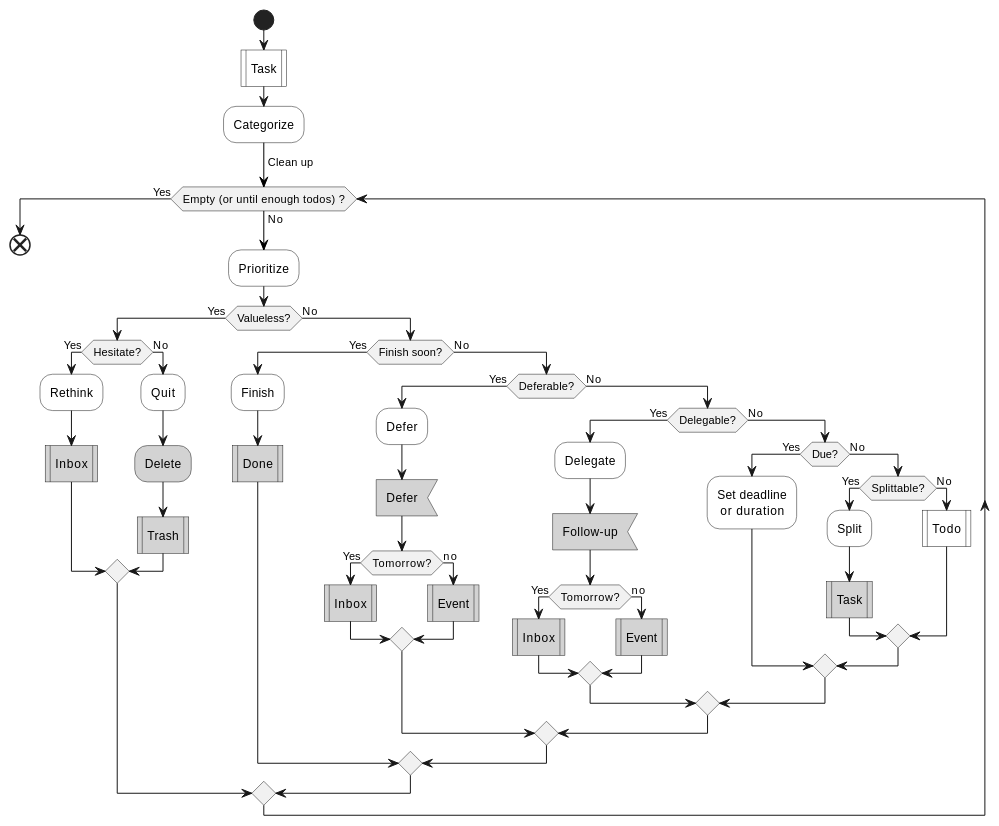
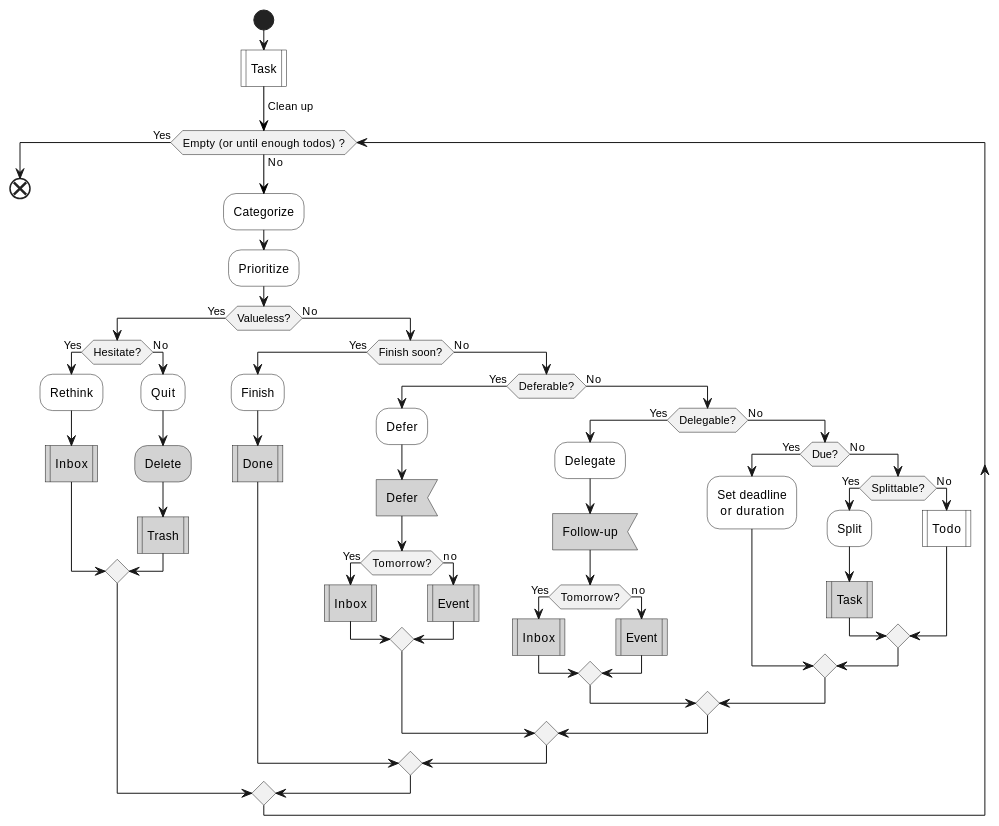
Before and after one commit to IceHe/icehe-lib: the second of 4 diagrams in lifelogs/rehabilitation.md, drawn with PlantUML. The commit also changed other lines of this file, not shown here.

````diff
--- a/lifelogs/rehabilitation.md
+++ b/lifelogs/rehabilitation.md
@@ -237,63 +238,63 @@
 ```plantuml
 @startuml
 start
 #white:Task|
-#white:Categorize;
 -[#black]-> Clean up;
 while (Empty (or until enough todos) ?) is (No)
+    #white:Categorize;
     #white:Prioritize;
     if (Valueless?) then (Yes)
         if (Hesitate?) then (Yes)
             #white:Rethink;
             #lightGray:Inbox|
         else (No)
             #white:Quit;
             #lightGray:Delete;
             #lightGray:Trash|
         endif
     else (No)
         if (Finish soon?) then (Yes)
             #white:Finish;
             #lightGray:Done|
         else (No)
             if (Deferable?) then (Yes)
                 #white:Defer;
                 #lightGray:Defer<
                 if (Tomorrow?) then (Yes)
                     #lightGray:Inbox|
                 else (no)
                     #lightGray:Event|
                 endif
             else (No)
                 if (Delegable?) then (Yes)
                     #white:Delegate;
                     #lightGray:Follow-up<
                     if (Tomorrow?) then (Yes)
                         #lightGray:Inbox|
                     else (no)
                         #lightGray:Event|
                     endif
                 else (No)
                     'if (Event?) then (Yes)
                     '    #white:Calendar|
                     'else (No)
                         if (Due?) then (Yes)
                             #white:Set deadline\n or duration;
                         else (No)
                             if (Splittable?) then (Yes)
                                 #white:Split;
                                 'note right : SMART 法则
                                 #lightGray:Task|
                             else (No)
                                 #white:Todo|
                             endif
                         endif
                     'endif
                 endif
             endif
         endif
     endif
 endwhile (Yes)
 end
 @enduml
 ```
````
